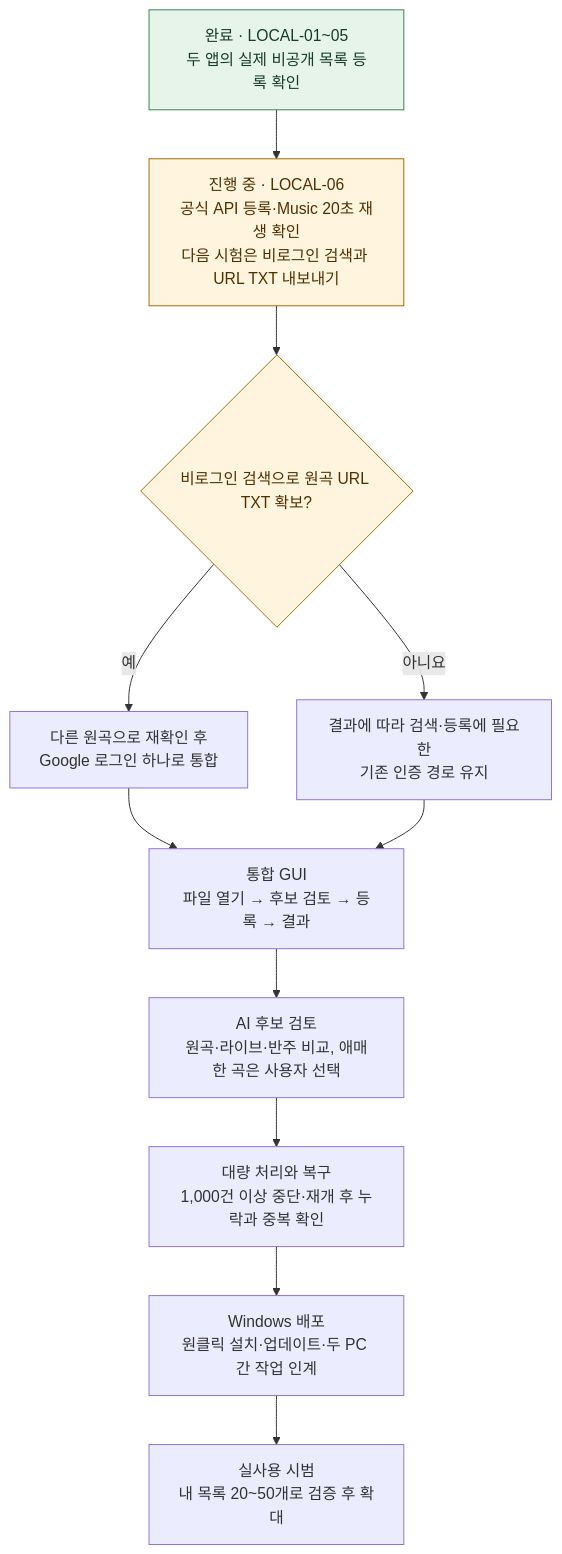
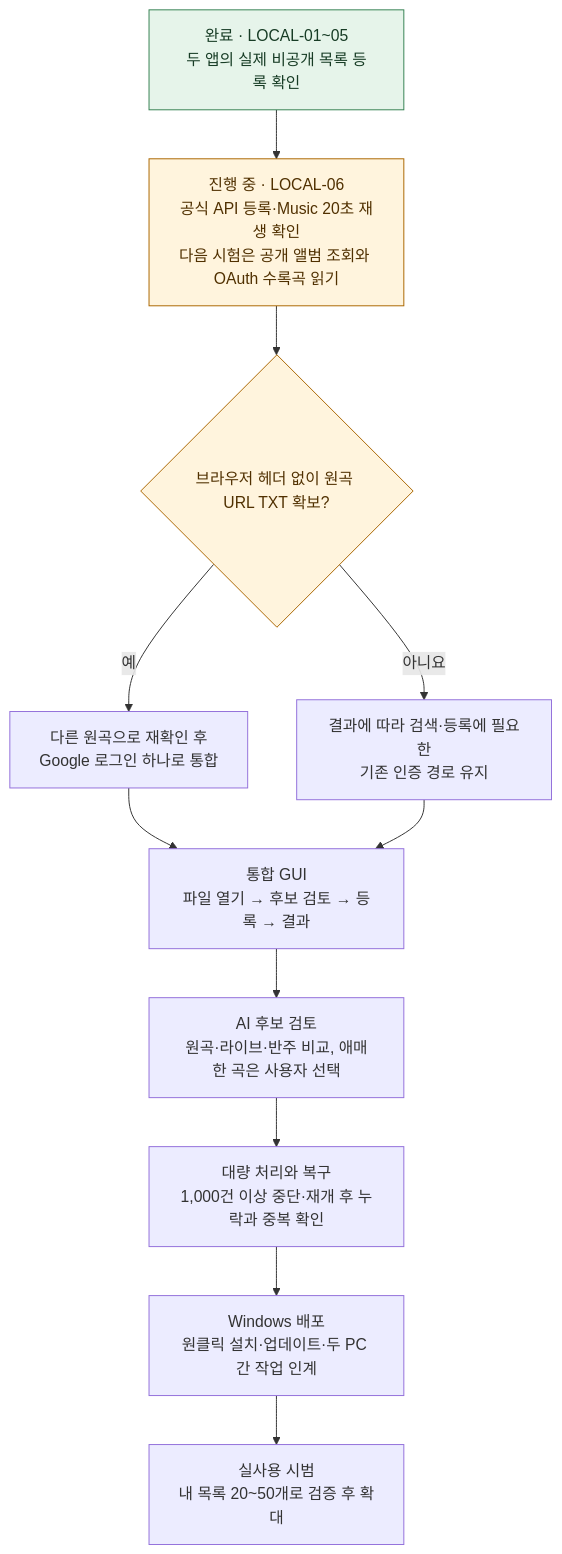
One commit to junis2002/Youtube_Playlist changed the diagram in ROADMAP.md. Above: the diagram before and after it, drawn with Mermaid. The commit also changed other lines of this file and 9 other files, not shown here.

````diff
--- a/ROADMAP.md
+++ b/ROADMAP.md
@@ -3,25 +3,25 @@
 ```mermaid
 flowchart TB
     A["완료 · LOCAL-01~05<br/>두 앱의 실제 비공개 목록 등록 확인"]
-    B["진행 중 · LOCAL-06<br/>공식 API 등록·Music 20초 재생 확인<br/>다음 시험은 비로그인 검색과 URL TXT 내보내기"]
-    C{"비로그인 검색으로 원곡 URL TXT 확보?"}
+    B["진행 중 · LOCAL-06<br/>공식 API 등록·Music 20초 재생 확인<br/>다음 시험은 공개 앨범 조회와 OAuth 수록곡 읽기"]
+    C{"브라우저 헤더 없이 원곡 URL TXT 확보?"}
     D["다른 원곡으로 재확인 후<br/>Google 로그인 하나로 통합"]
     E["결과에 따라 검색·등록에 필요한<br/>기존 인증 경로 유지"]
     F["통합 GUI<br/>파일 열기 → 후보 검토 → 등록 → 결과"]
     G["AI 후보 검토<br/>원곡·라이브·반주 비교, 애매한 곡은 사용자 선택"]
     H["대량 처리와 복구<br/>1,000건 이상 중단·재개 후 누락과 중복 확인"]
     I["Windows 배포<br/>원클릭 설치·업데이트·두 PC 간 작업 인계"]
     J["실사용 시범<br/>내 목록 20~50개로 검증 후 확대"]
 
     A --> B --> C
     C -->|예| D
     C -->|아니요| E
     D --> F
     E --> F
     F --> G --> H --> I --> J
 
     classDef done fill:#e6f4ea,stroke:#368253,color:#173c25
     classDef next fill:#fff4dd,stroke:#ab6700,color:#503000
     class A done
     class B,C next
 ```
````
